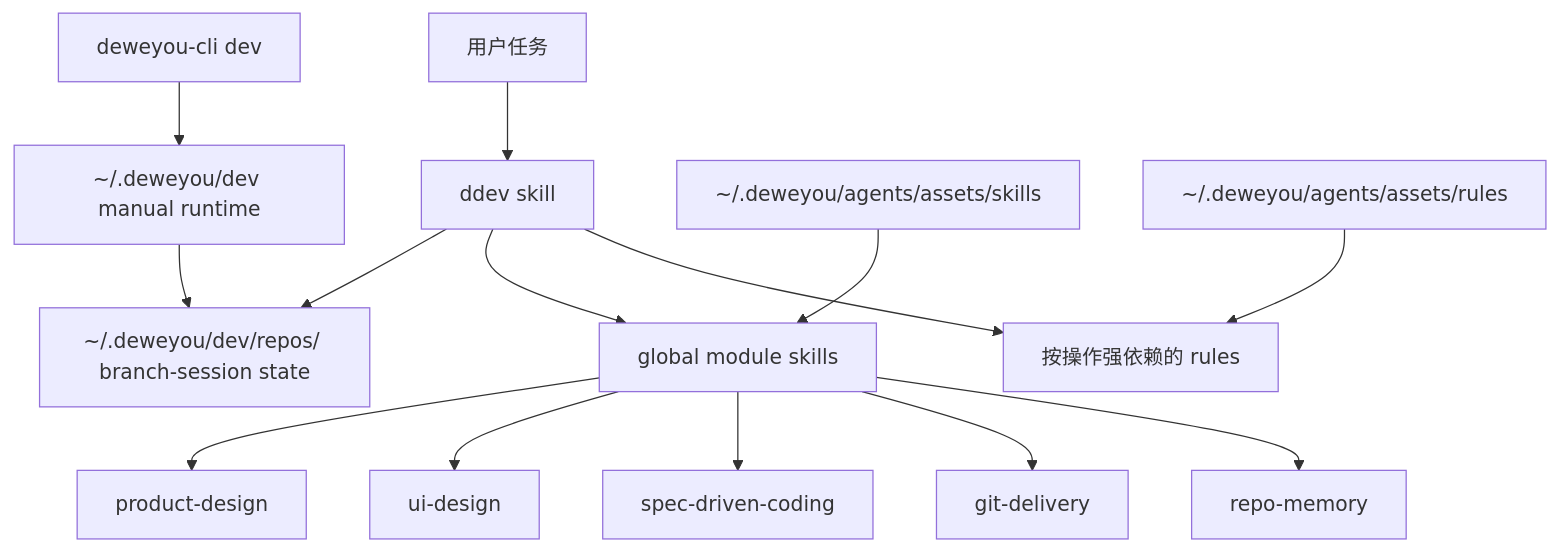
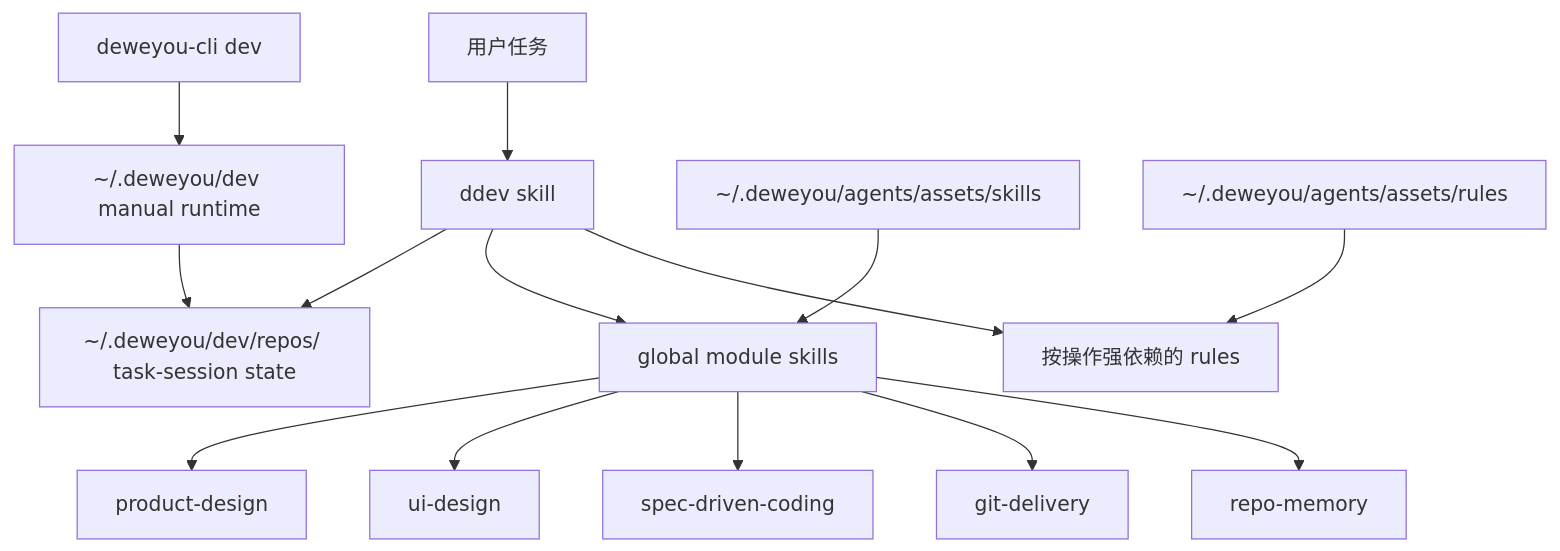
The second of 2 diagrams in docs/ddev-operations.zh.md (deweyou/harness), drawn with Mermaid before and after one commit. The commit also changed other lines of this file and 40 other files, not shown here.

Commit message:
feat(ddev): add task sessions and unified updates

````diff
--- a/docs/ddev-operations.zh.md
+++ b/docs/ddev-operations.zh.md
@@ -8,16 +17,16 @@
 ```mermaid
 flowchart TD
     User["用户任务"] --> DDev["ddev skill"]
-    DDev --> State["~/.deweyou/dev/repos/<repo-id> branch-session state"]
+    DDev --> State["~/.deweyou/dev/repos/<repo-id> task-session state"]
     DDev --> GlobalModules["global module skills"]
     DDev --> MandatoryRules["按操作强依赖的 rules"]
     GlobalModules --> Product["product-design"]
     GlobalModules --> UI["ui-design"]
     GlobalModules --> Coding["spec-driven-coding"]
     GlobalModules --> Delivery["git-delivery"]
     GlobalModules --> Memory["repo-memory"]
     CLI["deweyou-cli dev"] --> Runtime["~/.deweyou/dev manual runtime"]
     Cache["~/.deweyou/agents/assets/skills"] --> GlobalModules
     RuleCache["~/.deweyou/agents/assets/rules"] --> MandatoryRules
     Runtime --> State
 ```
````
